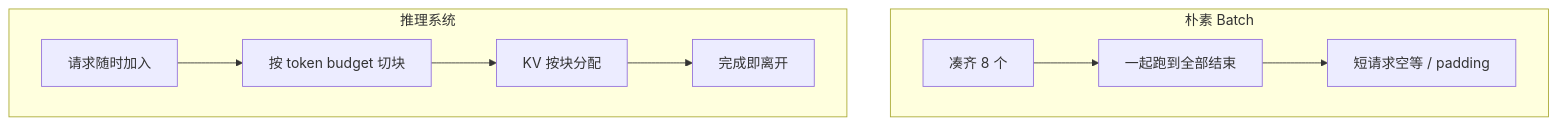
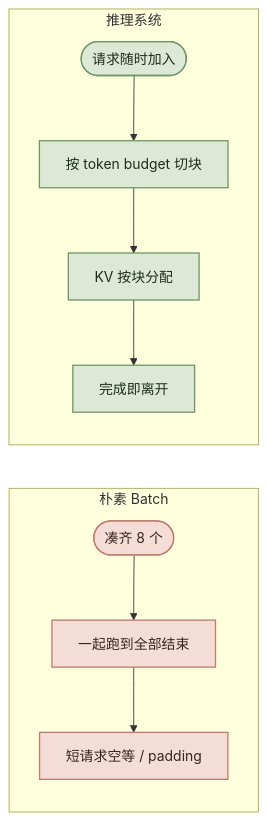
One commit to xiangel/llm-inference-course changed the second of 2 diagrams in src/content/docs/00-introduction/02-systems-problem.mdx. Above: the diagram before and after it, drawn with Mermaid. The commit also changed other lines of this file and 9 other files, not shown here.

First line of the commit message:
Restyle architecture diagrams to match the book palette

````diff
--- a/src/content/docs/00-introduction/02-systems-problem.mdx
+++ b/src/content/docs/00-introduction/02-systems-problem.mdx
@@ -120,12 +122,18 @@
 ```mermaid
-flowchart TB
+flowchart LR
+  classDef naive fill:#f3ddd6,stroke:#c47a6a,color:#3a241e,stroke-width:1.5px
+  classDef good fill:#dde8d6,stroke:#6a9a62,color:#1e2e1a,stroke-width:1.5px
+
   subgraph Naive["朴素 Batch"]
-    N1["凑齐 8 个"] --> N2["一起跑到全部结束"]
-    N2 --> N3["短请求空等 / padding"]
+    direction TB
+    N1(["凑齐 8 个"]):::naive --> N2["一起跑到全部结束"]:::naive
+    N2 --> N3["短请求空等 / padding"]:::naive
   end
+
   subgraph System["推理系统"]
-    S1["请求随时加入"] --> S2["按 token budget 切块"]
-    S2 --> S3["KV 按块分配"]
-    S3 --> S4["完成即离开"]
+    direction TB
+    S1(["请求随时加入"]):::good --> S2["按 token budget 切块"]:::good
+    S2 --> S3["KV 按块分配"]:::good
+    S3 --> S4["完成即离开"]:::good
   end
 ```
````
